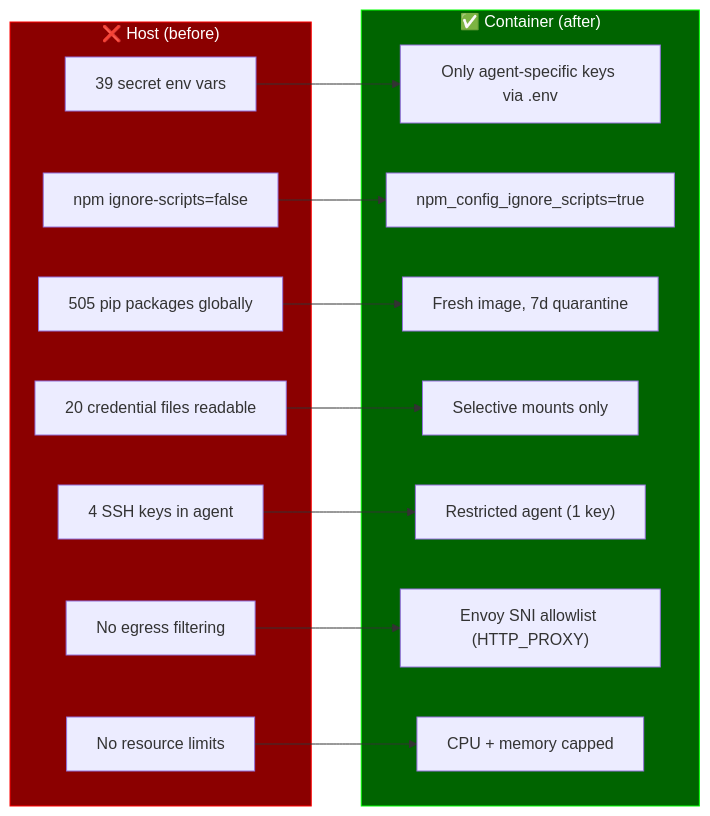
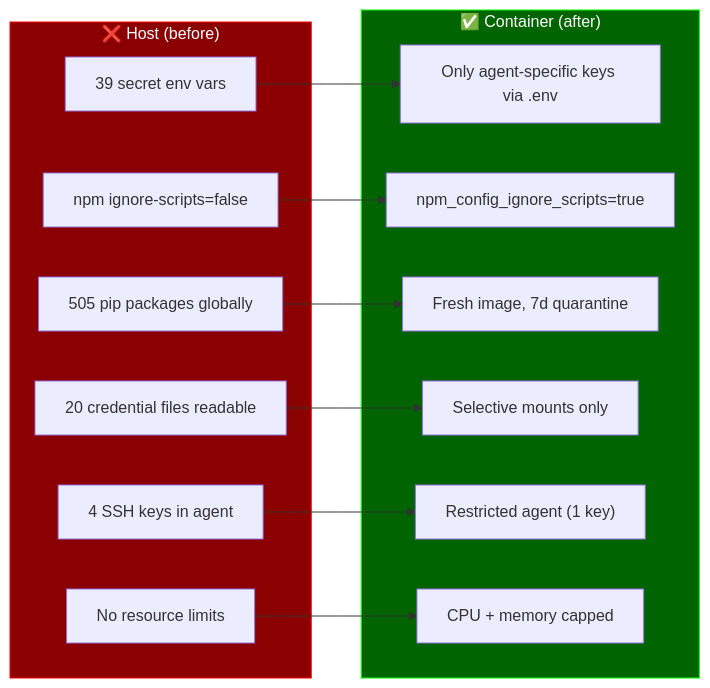
One commit to dmzoneill/securetty changed the second of 5 diagrams in README.md. Above: the diagram before and after it, drawn with Mermaid. The commit also changed other lines of this file and 2 other files, not shown here.

Commit message:
docs: update README for rootless, remove egress/dns-relay refs

````diff
--- a/README.md
+++ b/README.md
@@ -37,33 +33,30 @@
 ```mermaid
 graph LR
     subgraph Host["❌ Host (before)"]
         H1["39 secret env vars"]
         H2["npm ignore-scripts=false"]
         H3["505 pip packages globally"]
         H4["20 credential files readable"]
         H5["4 SSH keys in agent"]
-        H6["No egress filtering"]
-        H7["No resource limits"]
+        H6["No resource limits"]
     end
 
     subgraph Container["✅ Container (after)"]
         C1["Only agent-specific keys via .env"]
         C2["npm_config_ignore_scripts=true"]
         C3["Fresh image, 7d quarantine"]
         C4["Selective mounts only"]
         C5["Restricted agent (1 key)"]
-        C6["Envoy SNI allowlist (HTTP_PROXY)"]
-        C7["CPU + memory capped"]
+        C6["CPU + memory capped"]
     end
 
     H1 --> C1
     H2 --> C2
     H3 --> C3
     H4 --> C4
     H5 --> C5
     H6 --> C6
-    H7 --> C7
 
     style Host fill:#8B0000,stroke:#ff0000,color:#fff
     style Container fill:#006400,stroke:#00ff00,color:#fff
 ```
````
